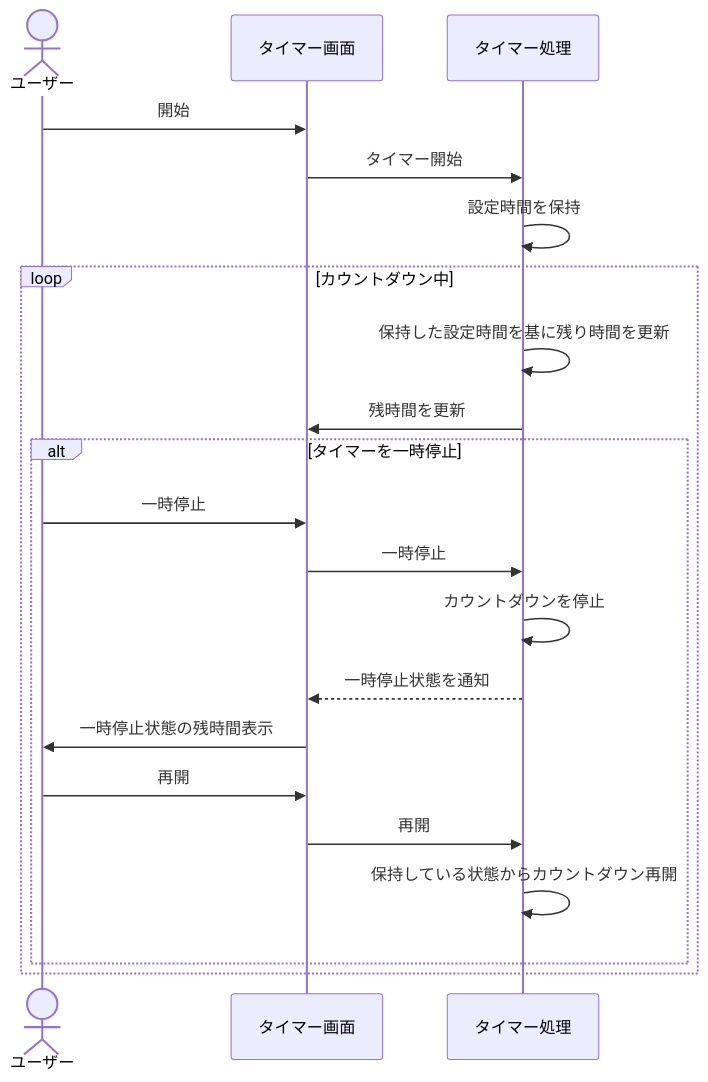
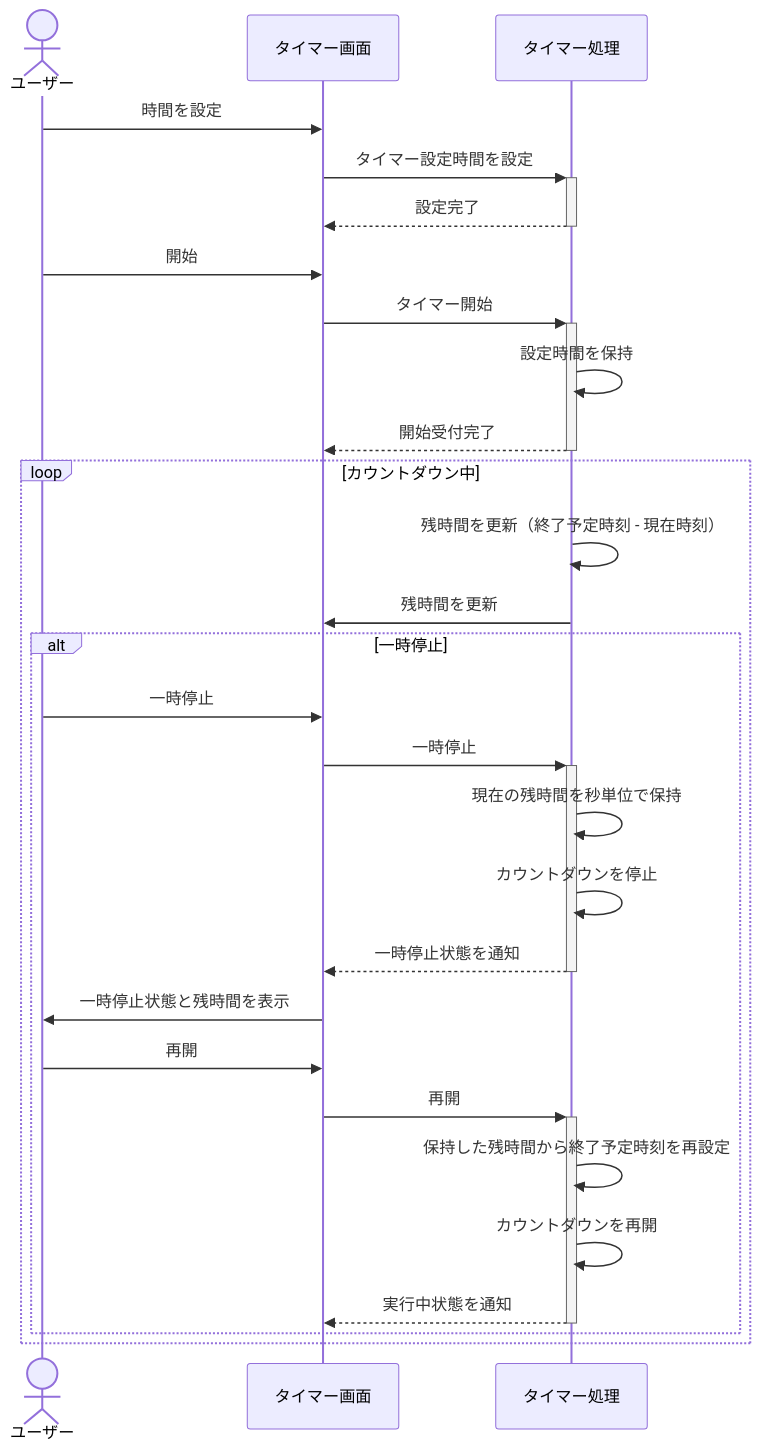
Before and after one commit to shun62201234-crypto/timerApplication: the second of 6 diagrams in document/設計/シーケンス図/タイマーシーケンス図.md, drawn with Mermaid. The commit also changed other lines of this file and 1 other file, not shown here.

First line of the commit message:
タイマーシーケンス図の処理内容と表記を見直し

````diff
--- a/document/設計/シーケンス図/タイマーシーケンス図.md
+++ b/document/設計/シーケンス図/タイマーシーケンス図.md
@@ -44,27 +59,35 @@
 ```mermaid
 sequenceDiagram
     actor ユーザー
     participant UI as タイマー画面
     participant Timer as タイマー処理
 
+    ユーザー->>UI: 時間を設定
+    UI->>+Timer: タイマー設定時間を設定
+    Timer-->>-UI: 設定完了
+
     ユーザー->>UI: 開始
-    UI->>Timer: タイマー開始
+    UI->>+Timer: タイマー開始
     Timer->>Timer: 設定時間を保持
+    Timer-->>-UI: 開始受付完了
 
     loop カウントダウン中
-        Timer->>Timer: 保持した設定時間を基に残り時間を更新
+        Timer->>Timer: 残時間を更新（終了予定時刻 - 現在時刻）
         Timer->>UI: 残時間を更新
 
-        alt タイマーを一時停止
+        alt 一時停止
             ユーザー->>UI: 一時停止
-            UI->>Timer: 一時停止
+            UI->>+Timer: 一時停止
+            Timer->>Timer: 現在の残時間を秒単位で保持
             Timer->>Timer: カウントダウンを停止
-            Timer-->>UI: 一時停止状態を通知
-            UI->>ユーザー: 一時停止状態の残時間表示
+            Timer-->>-UI: 一時停止状態を通知
+            UI->>ユーザー: 一時停止状態と残時間を表示
 
             ユーザー->>UI: 再開
-            UI->>Timer: 再開
-            Timer->>Timer: 保持している状態からカウントダウン再開
+            UI->>+Timer: 再開
+            Timer->>Timer: 保持した残時間から終了予定時刻を再設定
+            Timer->>Timer: カウントダウンを再開
+            Timer-->>-UI: 実行中状態を通知
         end
     end
 ```
````
